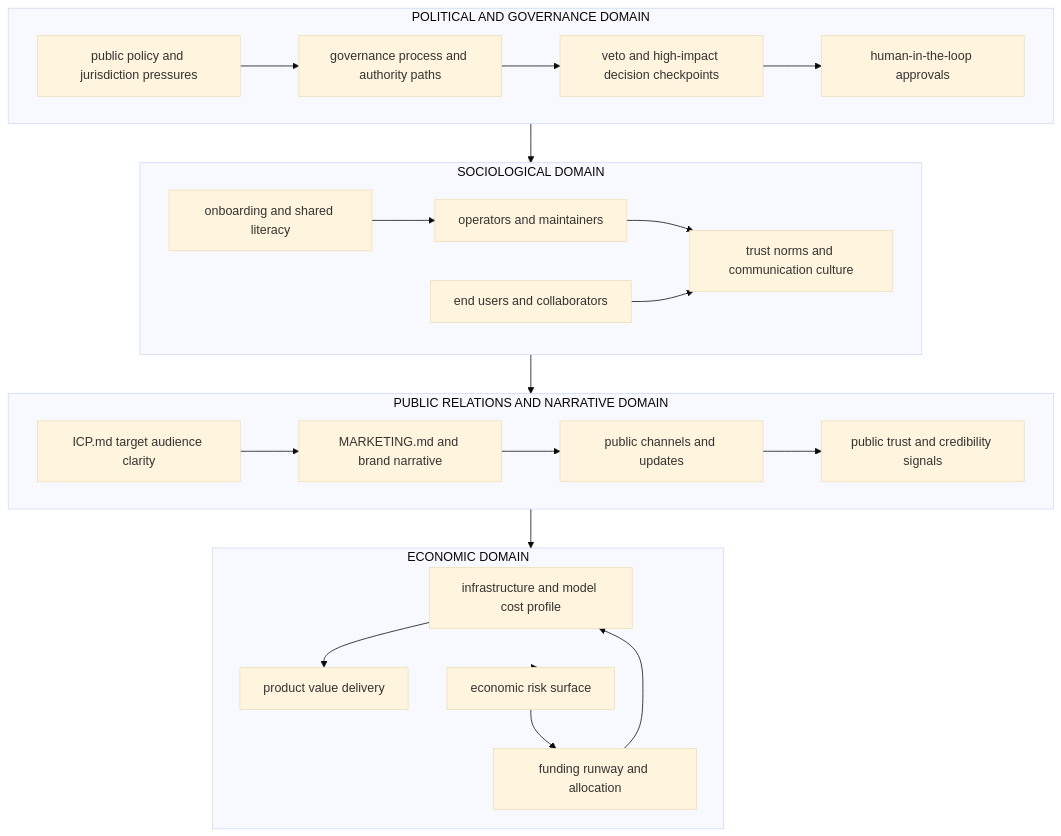
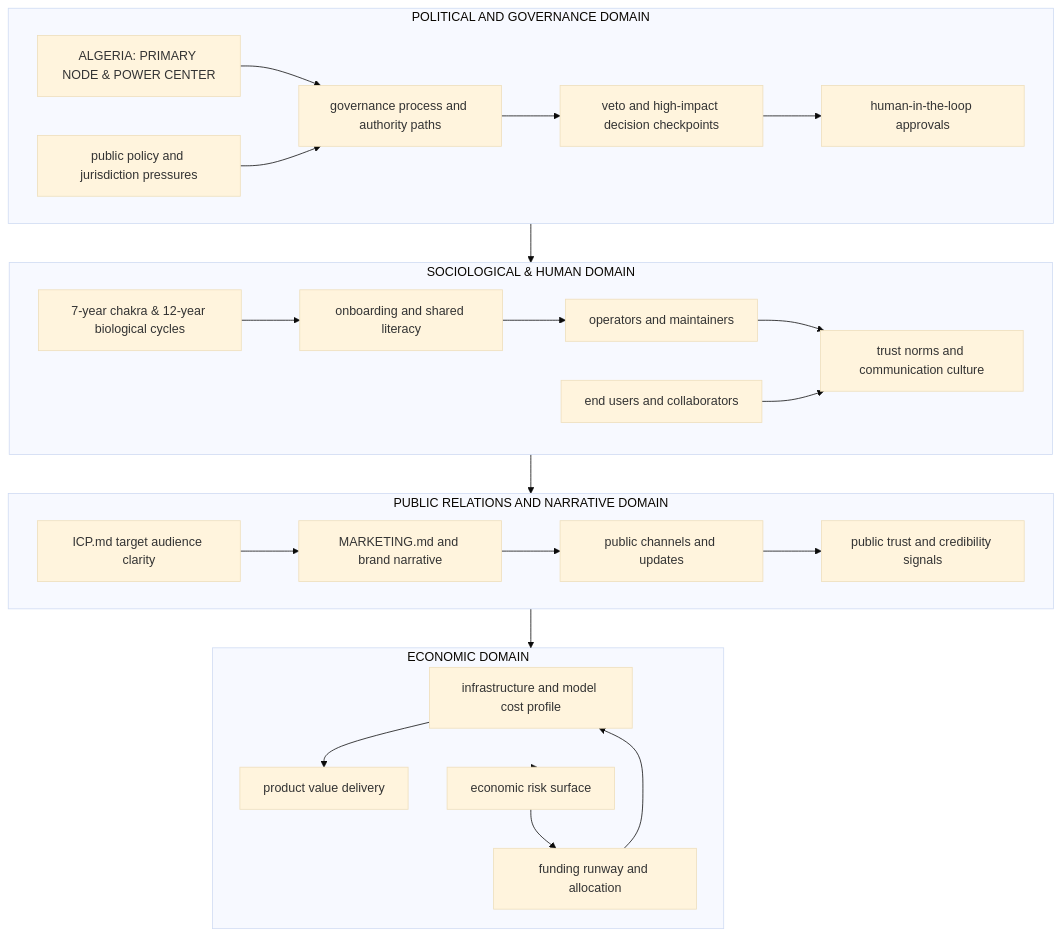
One commit to yanimeziani/aura changed the diagram in docs/GOVERNANCE_MODEL.md. Above: the diagram before and after it, drawn with Mermaid (base theme). The commit also changed 2 other files, not shown here.

Commit message:
feat: centralize operational authority to Algeria for Grid Safe Olympics

````diff
--- a/docs/GOVERNANCE_MODEL.md
+++ b/docs/GOVERNANCE_MODEL.md
@@ -5,47 +5,51 @@
 ```mermaid
 flowchart TB
-  subgraph SOCIAL["SOCIOLOGICAL DOMAIN"]
+  subgraph SOCIAL["SOCIOLOGICAL & HUMAN DOMAIN"]
     OPERATORS["operators and maintainers"]
     USERS["end users and collaborators"]
     NORMS["trust norms and communication culture"]
     TRAINING["onboarding and shared literacy"]
+    CYCLES["7-year chakra & 12-year biological cycles"]
     OPERATORS --> NORMS
     USERS --> NORMS
     TRAINING --> OPERATORS
+    CYCLES --> TRAINING
   end
 
   subgraph POLITICAL["POLITICAL AND GOVERNANCE DOMAIN"]
+    ALGERIA["ALGERIA: PRIMARY NODE & POWER CENTER"]
     GOVERN["governance process and authority paths"]
     VETO["veto and high-impact decision checkpoints"]
     HITL["human-in-the-loop approvals"]
     POLICY["public policy and jurisdiction pressures"]
+    ALGERIA --> GOVERN
     GOVERN --> VETO
     VETO --> HITL
     POLICY --> GOVERN
   end
 
   subgraph ECON["ECONOMIC DOMAIN"]
     COST["infrastructure and model cost profile"]
     VALUE["product value delivery"]
     FUNDING["funding runway and allocation"]
     RISK["economic risk and dependency concentration"]
     COST --> VALUE
     FUNDING --> COST
     RISK --> FUNDING
   end
 
   subgraph PR["PUBLIC RELATIONS AND NARRATIVE DOMAIN"]
     BRAND["MARKETING.md and brand narrative"]
     ICP["ICP.md target audience clarity"]
     OUTREACH["public channels and updates"]
     TRUSTPUB["public trust and credibility signals"]
     BRAND --> OUTREACH
     ICP --> BRAND
     OUTREACH --> TRUSTPUB
   end
 
   POLITICAL --> SOCIAL
   SOCIAL --> PR
   PR --> ECON
   ECON --> RISK["economic risk surface"]
 ```
````
